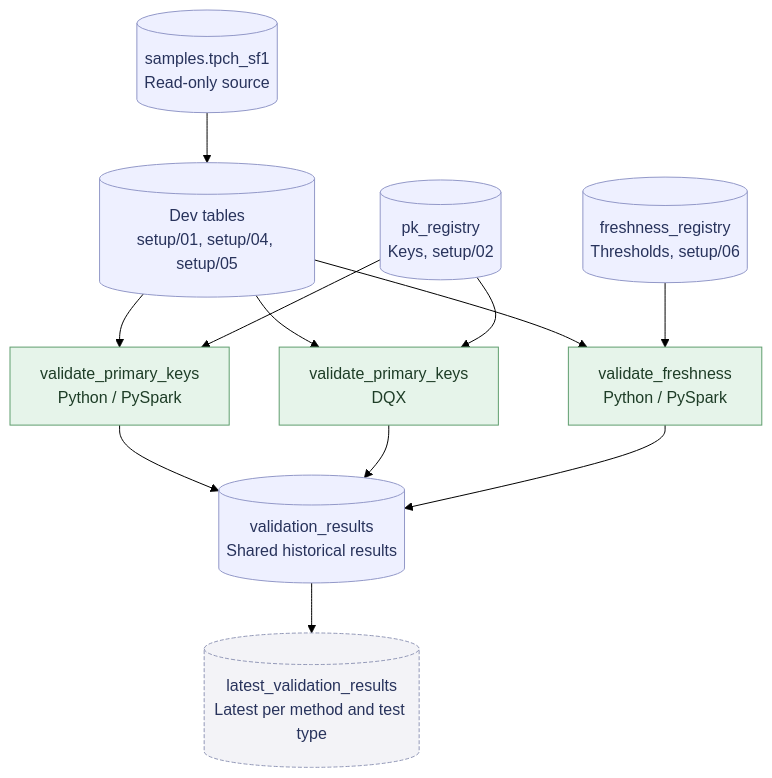
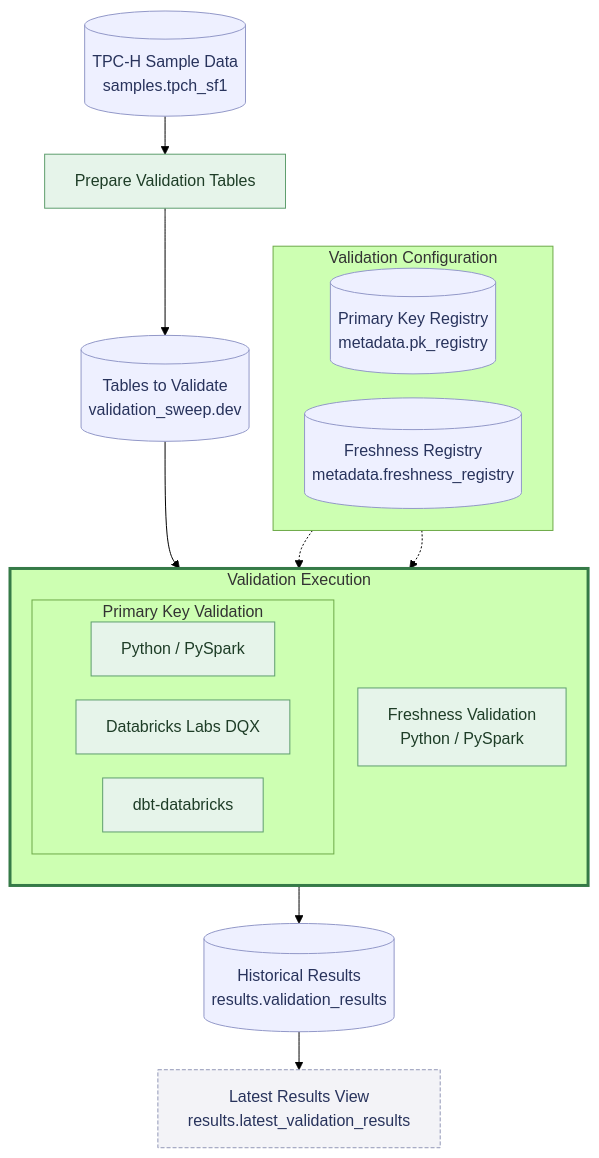
One commit to jkimdatadev/metadata-driven-validation-sweep changed the diagram in README.md. Above: the diagram before and after it, drawn with Mermaid (forest theme). The commit also changed other lines of this file, not shown here.

Commit message:
Update README with dbt validation workflow

````diff
--- a/README.md
+++ b/README.md
@@ -32,32 +33,41 @@
 ```mermaid
-flowchart TD
-    A[("samples.tpch_sf1<br/>Read-only source")]
-    B[("Dev tables<br/>setup/01, setup/04, setup/05")]
-    C[("pk_registry<br/>Keys, setup/02")]
-    G[("freshness_registry<br/>Thresholds, setup/06")]
-    D1["validate_primary_keys<br/>Python / PySpark"]
-    D2["validate_primary_keys<br/>DQX"]
-    D3["validate_freshness<br/>Python / PySpark"]
-    E[("validation_results<br/>Shared historical results")]
-    F[("latest_validation_results<br/>Latest per method and test type")]
+%%{init: {"flowchart": {"curve": "basis", "nodeSpacing": 24, "rankSpacing": 38}}}%%
+flowchart TB
+    SOURCE[("TPC-H Sample Data<br/>samples.tpch_sf1")]
+    PREP["Prepare Validation Tables"]
+    TABLES[("Tables to Validate<br/>validation_sweep.dev")]
 
-    A --> B
-    B --> D1
-    B --> D2
-    B --> D3
-    C --> D1
-    C --> D2
-    G --> D3
-    D1 --> E
-    D2 --> E
-    D3 --> E
-    E --> F
+    subgraph CONFIG["Validation Configuration"]
+        direction LR
+        PK[("Primary Key Registry<br/>metadata.pk_registry")]
+        FR[("Freshness Registry<br/>metadata.freshness_registry")]
+    end
+
+    subgraph RUNNERS["Validation Execution"]
+        direction TB
+        subgraph PK_RUNNERS["Primary Key Validation"]
+            direction LR
+            PY["Python / PySpark"]
+            DQX["Databricks Labs DQX"]
+            DBT["dbt-databricks"]
+        end
+        FRESH["Freshness Validation<br/>Python / PySpark"]
+    end
+
+    RESULTS[("Historical Results<br/>results.validation_results")]
+    LATEST["Latest Results View<br/>results.latest_validation_results"]
+
+    SOURCE --> PREP --> TABLES
+    TABLES --> RUNNERS
+    PK -.-> PK_RUNNERS
+    FR -.-> FRESH
+    RUNNERS --> RESULTS --> LATEST
 
     classDef data fill:#eef0ff,stroke:#9298c8,color:#28335c
     classDef process fill:#e6f4ea,stroke:#5f9e6e,color:#1e3d27
     classDef view fill:#f3f3f7,stroke:#9298b7,color:#28335c,stroke-dasharray:4 2
-
-    class A,B,C,G,E data
-    class D1,D2,D3 process
-    class F view
+    class SOURCE,TABLES,PK,FR,RESULTS data
+    class PREP,PY,DQX,DBT,FRESH process
+    class LATEST view
+    style RUNNERS stroke:#357a47,stroke-width:3px
 ```
````
